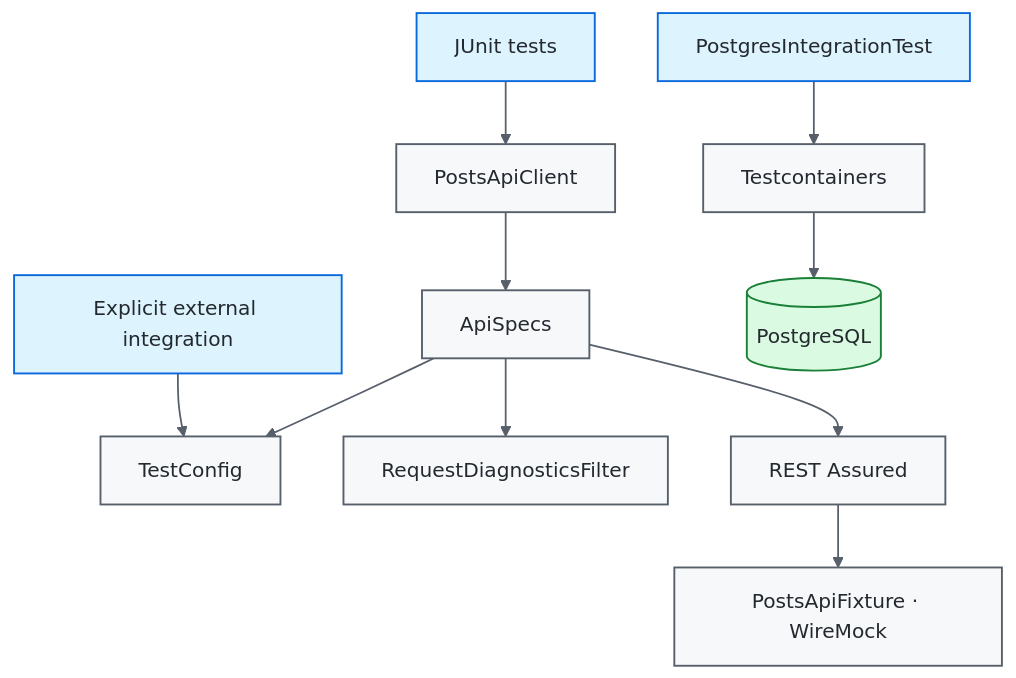
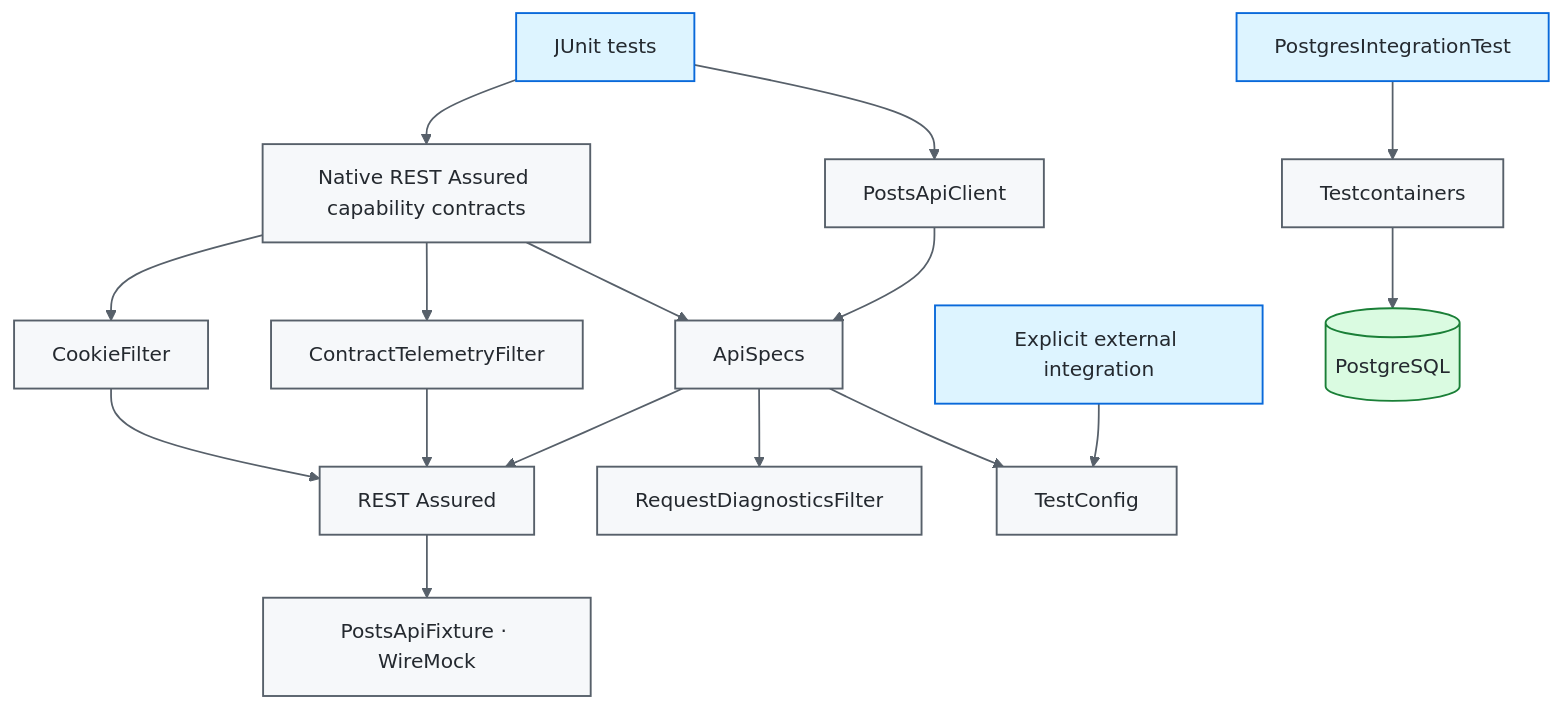
One commit to portyu9/qa-automation-java-restassured changed the diagram in README.md. Above: the diagram before and after it, drawn with Mermaid. The commit also changed other lines of this file, not shown here.

Commit message:
docs: synchronize REST Assured capability surface

````diff
--- a/README.md
+++ b/README.md
@@ -44,20 +45,26 @@
 ```mermaid
 flowchart TD
     J[JUnit tests] --> CLIENT[PostsApiClient]
+    J --> NATIVE[Native REST Assured capability contracts]
     CLIENT --> SPEC[ApiSpecs]
+    NATIVE --> SPEC
     SPEC --> CFG[TestConfig]
-    SPEC --> FILTER[RequestDiagnosticsFilter]
+    SPEC --> DIAG[RequestDiagnosticsFilter]
+    NATIVE --> TELE[ContractTelemetryFilter]
+    NATIVE --> COOKIE[CookieFilter]
     SPEC --> RA[REST Assured]
+    TELE --> RA
+    COOKIE --> RA
     RA --> WM[PostsApiFixture · WireMock]
     EXT[Explicit external integration] --> CFG
     DB[PostgresIntegrationTest] --> TC[Testcontainers]
     TC --> PG[(PostgreSQL)]
 
     classDef entry fill:#ddf4ff,stroke:#0969da,color:#24292f,stroke-width:1.5px;
     classDef core fill:#f6f8fa,stroke:#57606a,color:#24292f,stroke-width:1.5px;
     classDef evidence fill:#dafbe1,stroke:#1a7f37,color:#24292f,stroke-width:1.5px;
     class J,EXT,DB entry;
-    class CLIENT,SPEC,CFG,FILTER,RA,WM,TC core;
+    class CLIENT,NATIVE,SPEC,CFG,DIAG,TELE,COOKIE,RA,WM,TC core;
     class PG evidence;
     linkStyle default stroke:#57606a,stroke-width:1.4px;
 ```
````
